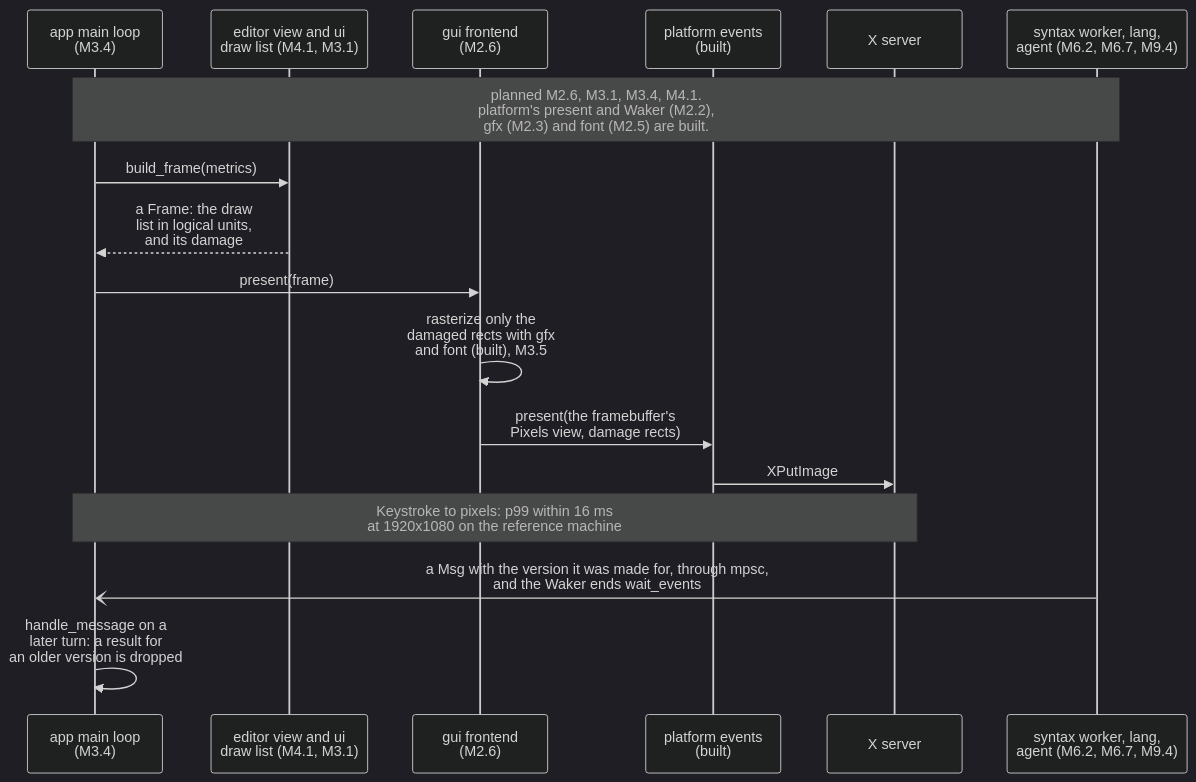
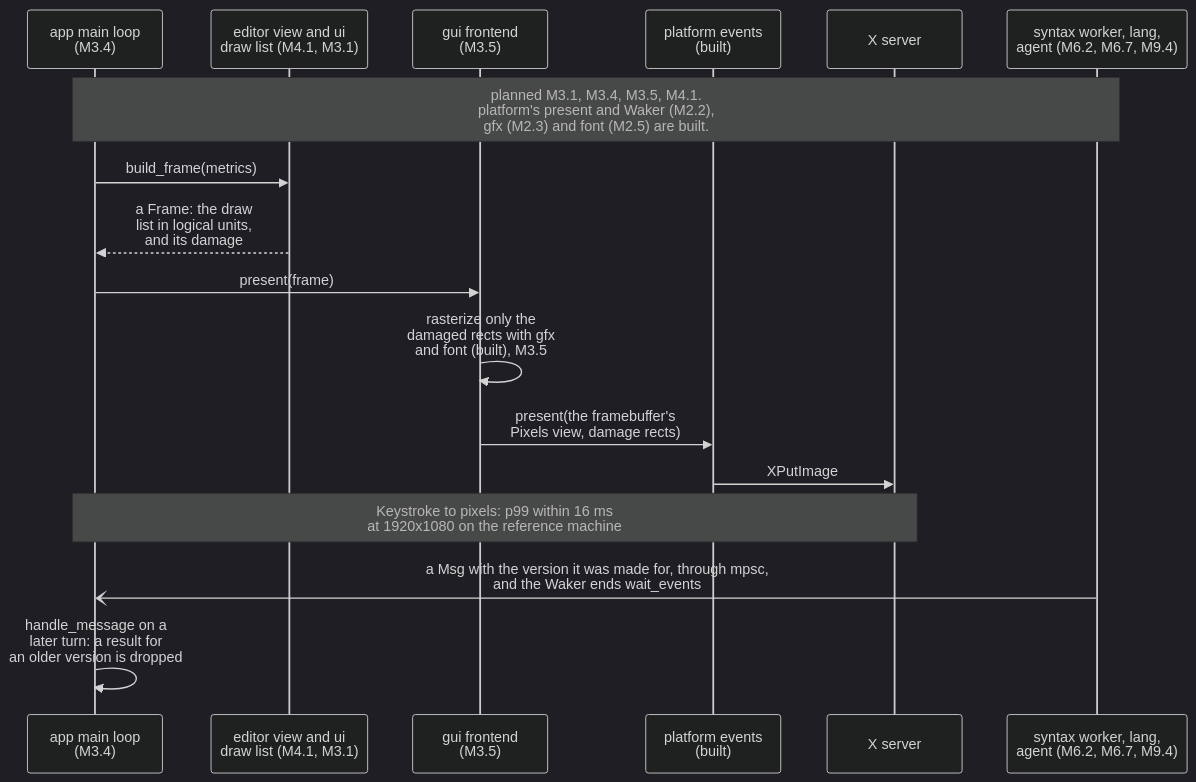
Before and after one commit to jabbott-iii/Tidepool: diagram 14 of 23 in diagrams/sequence-diagrams.md, drawn with Mermaid (dark theme). The commit also changed other lines of this file and 35 other files, not shown here.

````diff
--- a/diagrams/sequence-diagrams.md
+++ b/diagrams/sequence-diagrams.md
@@ -632,20 +683,20 @@
 ```mermaid
 sequenceDiagram
     participant ML as app main loop<br/>(M3.4)
     participant View as editor view and ui<br/>draw list (M4.1, M3.1)
-    participant Fe as gui frontend<br/>(M2.6)
+    participant Fe as gui frontend<br/>(M3.5)
     participant Plat as platform events<br/>(built)
     participant Disp as X server
     participant Bg as syntax worker, lang,<br/>agent (M6.2, M6.7, M9.4)
 
-    Note over ML,Bg: planned M2.6, M3.1, M3.4, M4.1.<br/>platform's present and Waker (M2.2),<br/>gfx (M2.3) and font (M2.5) are built.
+    Note over ML,Bg: planned M3.1, M3.4, M3.5, M4.1.<br/>platform's present and Waker (M2.2),<br/>gfx (M2.3) and font (M2.5) are built.
     ML->>View: build_frame(metrics)
     View-->>ML: a Frame: the draw<br/>list in logical units,<br/>and its damage
     ML->>Fe: present(frame)
     Fe->>Fe: rasterize only the<br/>damaged rects with gfx<br/>and font (built), M3.5
     Fe->>Plat: present(the framebuffer's<br/>Pixels view, damage rects)
     Plat->>Disp: XPutImage
     Note over ML,Disp: Keystroke to pixels: p99 within 16 ms<br/>at 1920x1080 on the reference machine
     Bg-)ML: a Msg with the version it was made for, through mpsc,<br/>and the Waker ends wait_events
     ML->>ML: handle_message on a<br/>later turn: a result for<br/>an older version is dropped
 ```
````
